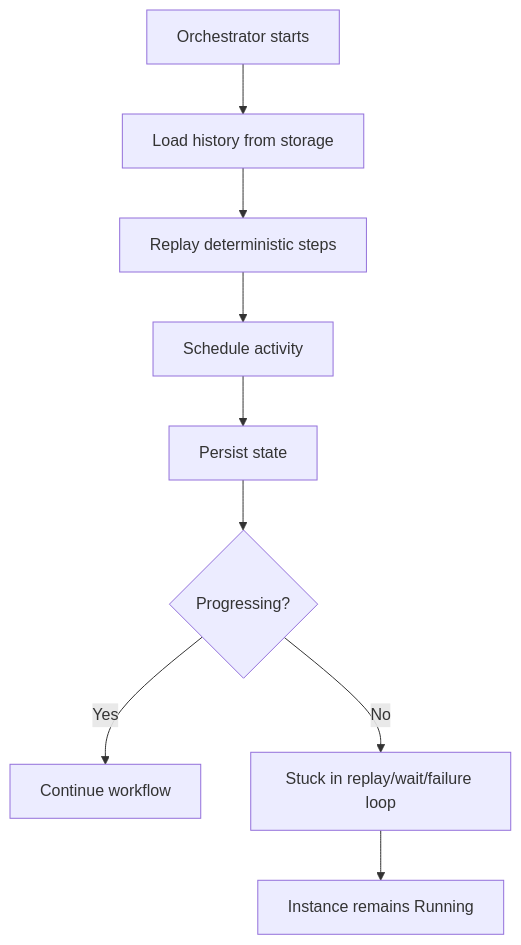
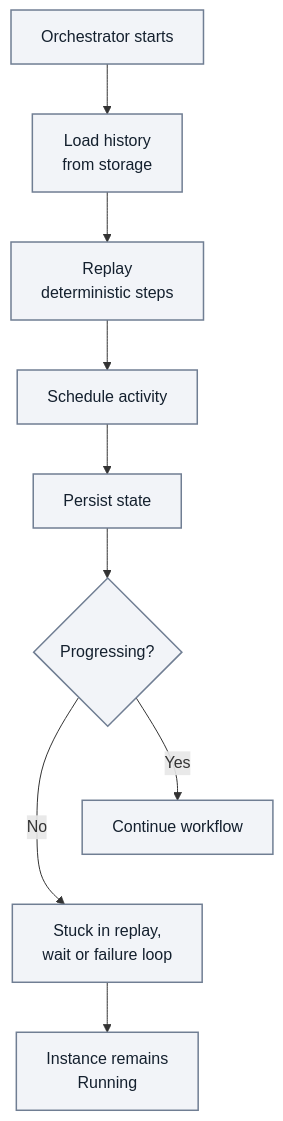
One commit to yeongseon/azure-functions-practical-guide changed the second of 4 diagrams in docs/troubleshooting/playbooks/scaling/durable-orchestration-stuck.md. Above: the diagram before and after it, drawn with Mermaid. The commit also changed other lines of this file and 2 other files, not shown here.

First line of the commit message:
docs(diagrams): migrate Functions playbooks scaling — durable orchestration stuck and out of memory worker crash (#449)

````diff
--- a/docs/troubleshooting/playbooks/scaling/durable-orchestration-stuck.md
+++ b/docs/troubleshooting/playbooks/scaling/durable-orchestration-stuck.md
@@ -122,11 +137,17 @@
 ```mermaid
 flowchart TD
-    A[Orchestrator starts] --> B[Load history from storage]
-    B --> C[Replay deterministic steps]
+    accTitle: Durable replay path and progress check
+    accDescr: Illustrative replay path from history loading through activity scheduling and persistence. The progress check branches to continuation or a replay, wait or failure investigation while status remains Running.
+    A[Orchestrator starts] --> B["Load history<br/>from storage"]
+    B --> C["Replay<br/>deterministic steps"]
     C --> D[Schedule activity]
     D --> E[Persist state]
     E --> F{Progressing?}
     F -->|Yes| G[Continue workflow]
-    F -->|No| H["Stuck in replay/wait/failure loop"]
-    H --> I[Instance remains Running]
+    F -->|No| H["Stuck in replay,<br/>wait or failure loop"]
+    H --> I["Instance remains<br/>Running"]
+    %% Layout-only link tiers outcomes; it adds no diagnostic steps or arrows.
+    G ~~~ H
+    classDef neutral fill:#f2f4f8,stroke:#707e93,stroke-width:1.5px,color:#14202e;
+    class A,B,C,D,E,F,G,H,I neutral;
 ```
````
